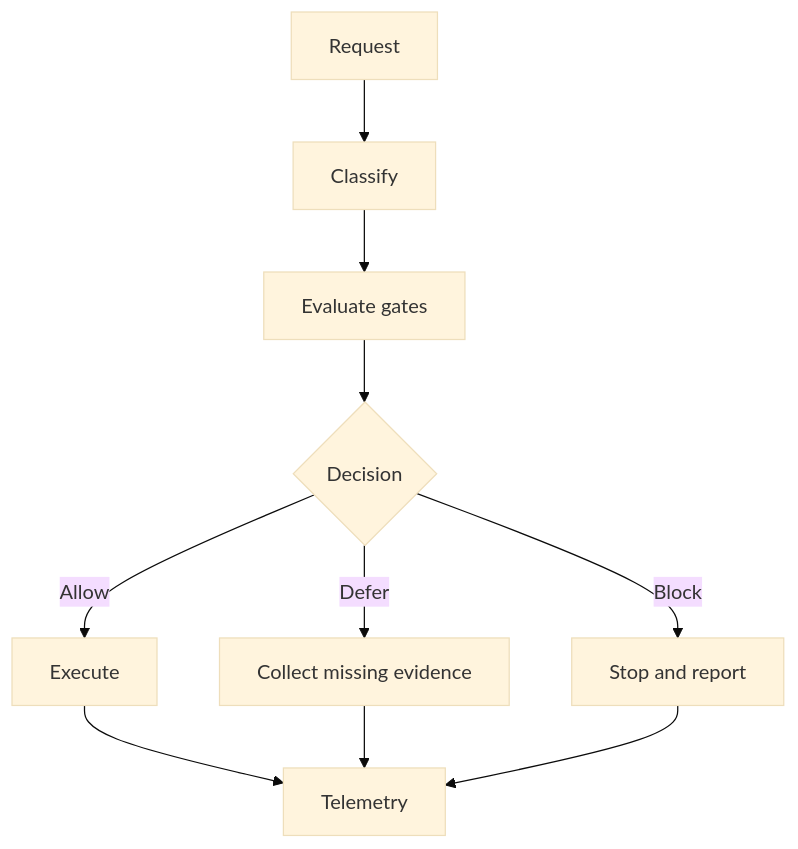
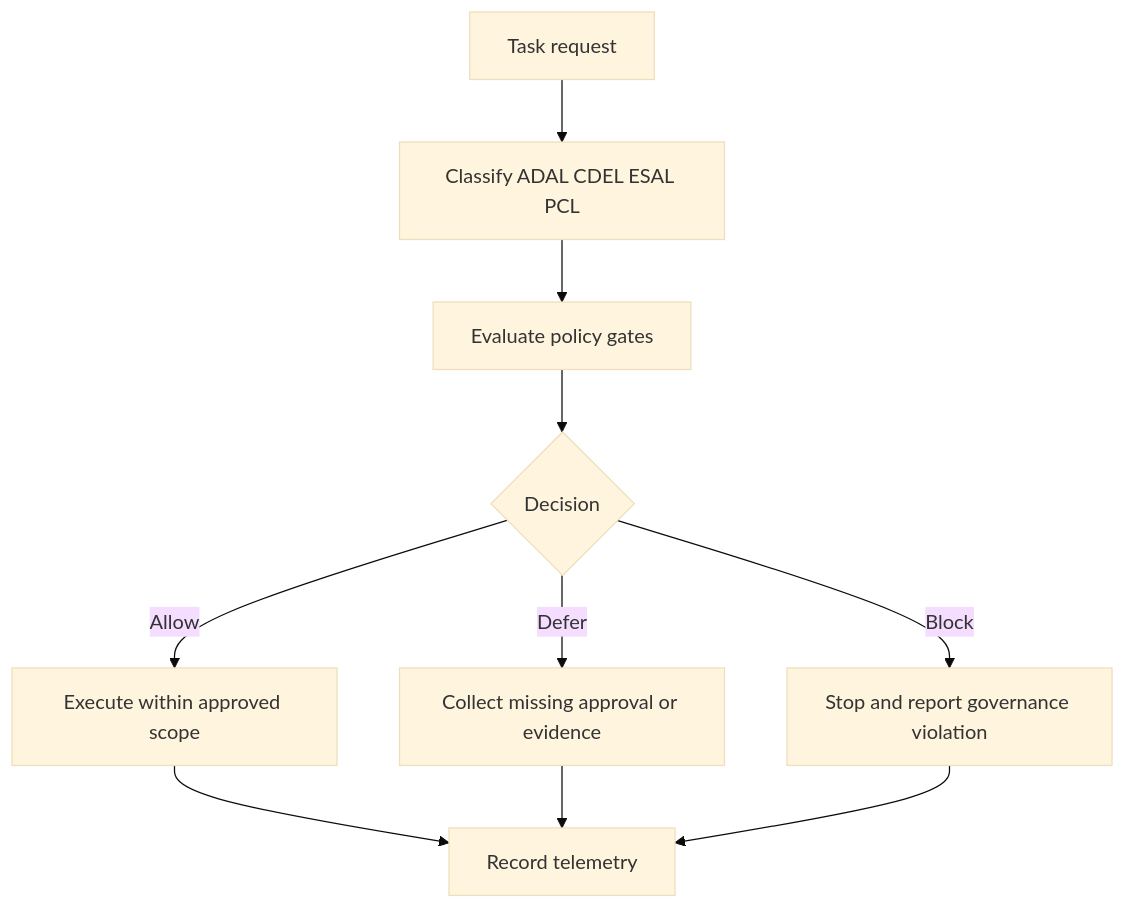
One commit to Eurobotics-Association/yellow-control changed the diagram in README.md. Above: the diagram before and after it, drawn with Mermaid (base theme). The commit also changed other lines of this file and 2 other files, not shown here.

````diff
--- a/README.md
+++ b/README.md
@@ -51,12 +63,12 @@
 ```mermaid
 flowchart TD
-A[Request] --> B[Classify]
-B --> C[Evaluate gates]
+A[Task request] --> B[Classify ADAL CDEL ESAL PCL]
+B --> C[Evaluate policy gates]
 C --> D{Decision}
-D -->|Allow| E[Execute]
-D -->|Defer| F[Collect missing evidence]
-D -->|Block| G[Stop and report]
-E --> H[Telemetry]
+D -->|Allow| E[Execute within approved scope]
+D -->|Defer| F[Collect missing approval or evidence]
+D -->|Block| G[Stop and report governance violation]
+E --> H[Record telemetry]
 F --> H
 G --> H
 ```
````
